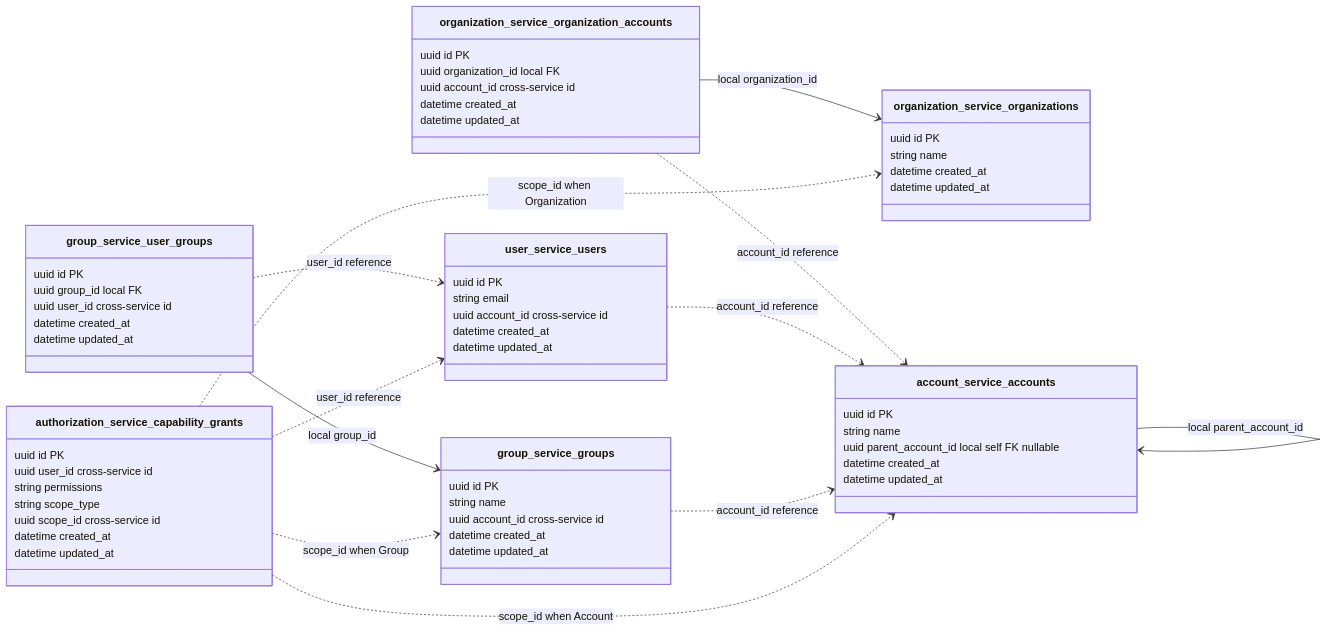
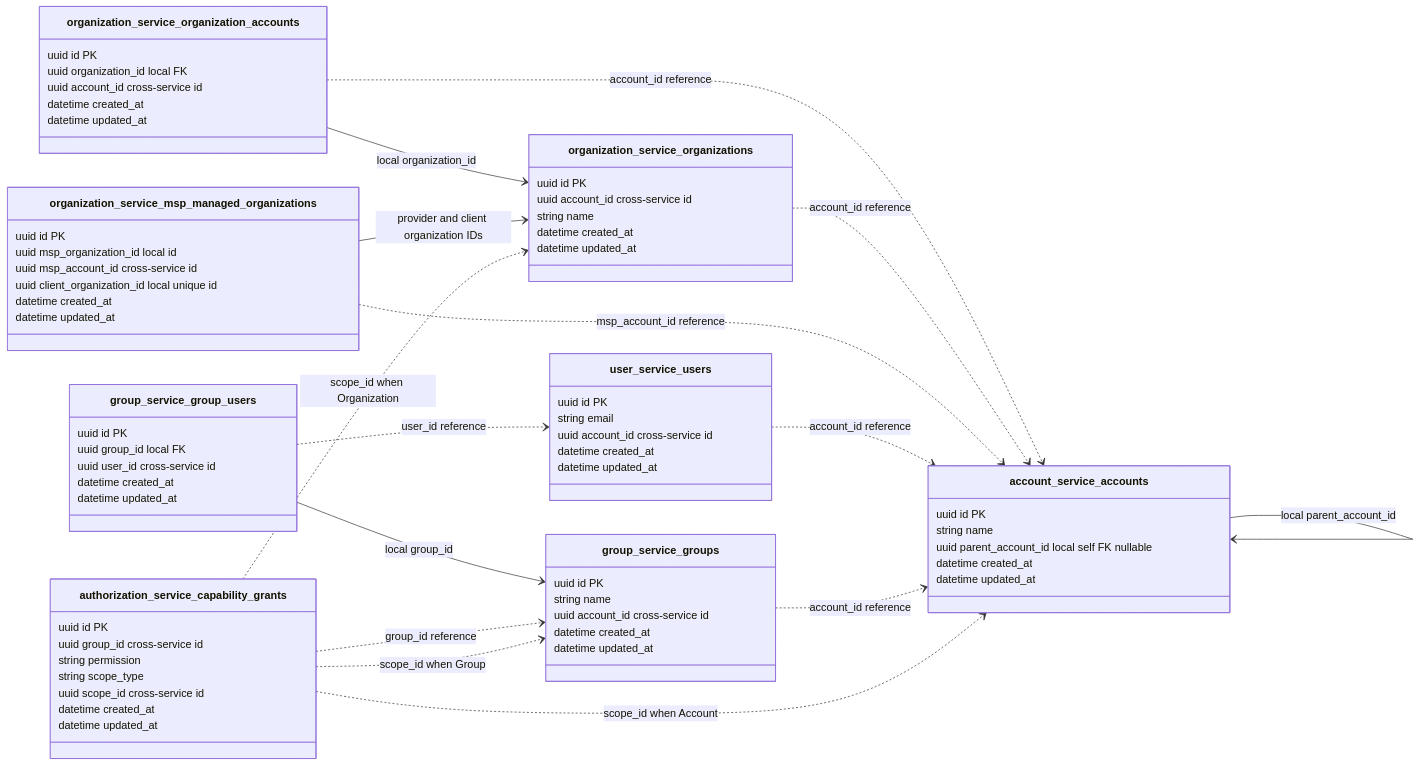
The fifth of 6 diagrams in docs/articles/series/IAM-System-Demo/graphql-auth-explosion-case-study.md (meleneth/whirred-io), drawn with Mermaid before and after one commit. The commit also changed other lines of this file and 16 other files, not shown here.

Commit message:
Align IAM articles with group-based authorization

```diff
--- a/docs/articles/series/IAM-System-Demo/graphql-auth-explosion-case-study.md
+++ b/docs/articles/series/IAM-System-Demo/graphql-auth-explosion-case-study.md
@@ -269,7 +287,17 @@
 
   class organization_service_organizations {
     uuid id PK
+    uuid account_id cross-service id
     string name
+    datetime created_at
+    datetime updated_at
+  }
+
+  class organization_service_msp_managed_organizations {
+    uuid id PK
+    uuid msp_organization_id local id
+    uuid msp_account_id cross-service id
+    uuid client_organization_id local unique id
     datetime created_at
     datetime updated_at
   }
@@ -306,7 +334,7 @@
     datetime updated_at
   }
 
-  class group_service_user_groups {
+  class group_service_group_users {
     uuid id PK
     uuid group_id local FK
     uuid user_id cross-service id
@@ -316,8 +344,8 @@
 
   class authorization_service_capability_grants {
     uuid id PK
-    uuid user_id cross-service id
-    string permissions
+    uuid group_id cross-service id
+    string permission
     string scope_type
     uuid scope_id cross-service id
     datetime created_at
@@ -325,14 +353,17 @@
   }
 
   organization_service_organization_accounts --> organization_service_organizations : local organization_id
+  organization_service_msp_managed_organizations --> organization_service_organizations : provider and client organization IDs
   account_service_accounts --> account_service_accounts : local parent_account_id
-  group_service_user_groups --> group_service_groups : local group_id
+  group_service_group_users --> group_service_groups : local group_id
 
   organization_service_organization_accounts ..> account_service_accounts : account_id reference
+  organization_service_organizations ..> account_service_accounts : account_id reference
+  organization_service_msp_managed_organizations ..> account_service_accounts : msp_account_id reference
   user_service_users ..> account_service_accounts : account_id reference
   group_service_groups ..> account_service_accounts : account_id reference
-  group_service_user_groups ..> user_service_users : user_id reference
-  authorization_service_capability_grants ..> user_service_users : user_id reference
+  group_service_group_users ..> user_service_users : user_id reference
+  authorization_service_capability_grants ..> group_service_groups : group_id reference
   authorization_service_capability_grants ..> account_service_accounts : scope_id when Account
   authorization_service_capability_grants ..> organization_service_organizations : scope_id when Organization
   authorization_service_capability_grants ..> group_service_groups : scope_id when Group
```
